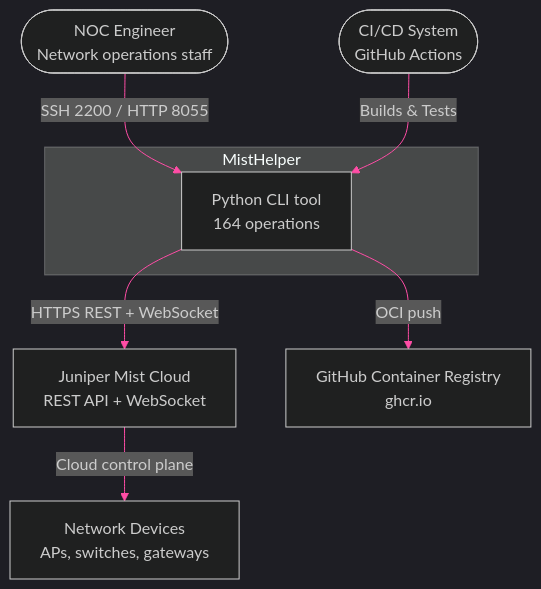
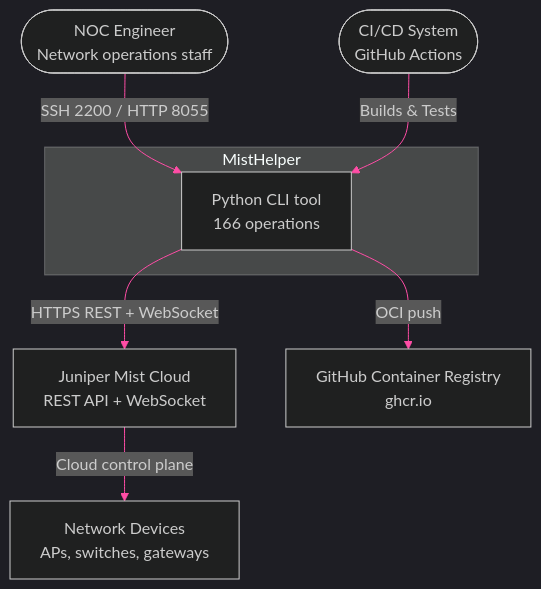
Before and after one commit to jmorrison-juniper/MistHelper: the first of 2 diagrams in documentation/diagrams/core/architecture-overview.md, drawn with Mermaid. The commit also changed 6 other files, not shown here.

````diff
--- a/documentation/diagrams/core/architecture-overview.md
+++ b/documentation/diagrams/core/architecture-overview.md
@@ -11,28 +11,28 @@
 ```mermaid
 %%{init: {'theme': 'dark', 'themeVariables': {
   'primaryColor': '#E20074',
   'primaryTextColor': '#E0E0E0',
   'primaryBorderColor': '#99004D',
   'lineColor': '#FF4DA6',
   'secondaryColor': '#16213E',
   'tertiaryColor': '#1A1A2E',
   'fontFamily': 'ui-monospace, monospace'
 }}}%%
 flowchart TB
     noc_engineer(["NOC Engineer<br/>Network operations staff"])
     ci_system(["CI/CD System<br/>GitHub Actions"])
 
     subgraph misthelper["MistHelper"]
-        mh["Python CLI tool<br/>164 operations"]
+        mh["Python CLI tool<br/>166 operations"]
     end
 
     mist_cloud["Juniper Mist Cloud<br/>REST API + WebSocket"]
     ghcr["GitHub Container Registry<br/>ghcr.io"]
     network_devices["Network Devices<br/>APs, switches, gateways"]
 
     noc_engineer -->|"SSH 2200 / HTTP 8055"| mh
     ci_system -->|"Builds & Tests"| mh
     mh -->|"HTTPS REST + WebSocket"| mist_cloud
     mh -->|"OCI push"| ghcr
     mist_cloud -->|"Cloud control plane"| network_devices
 ```
````
